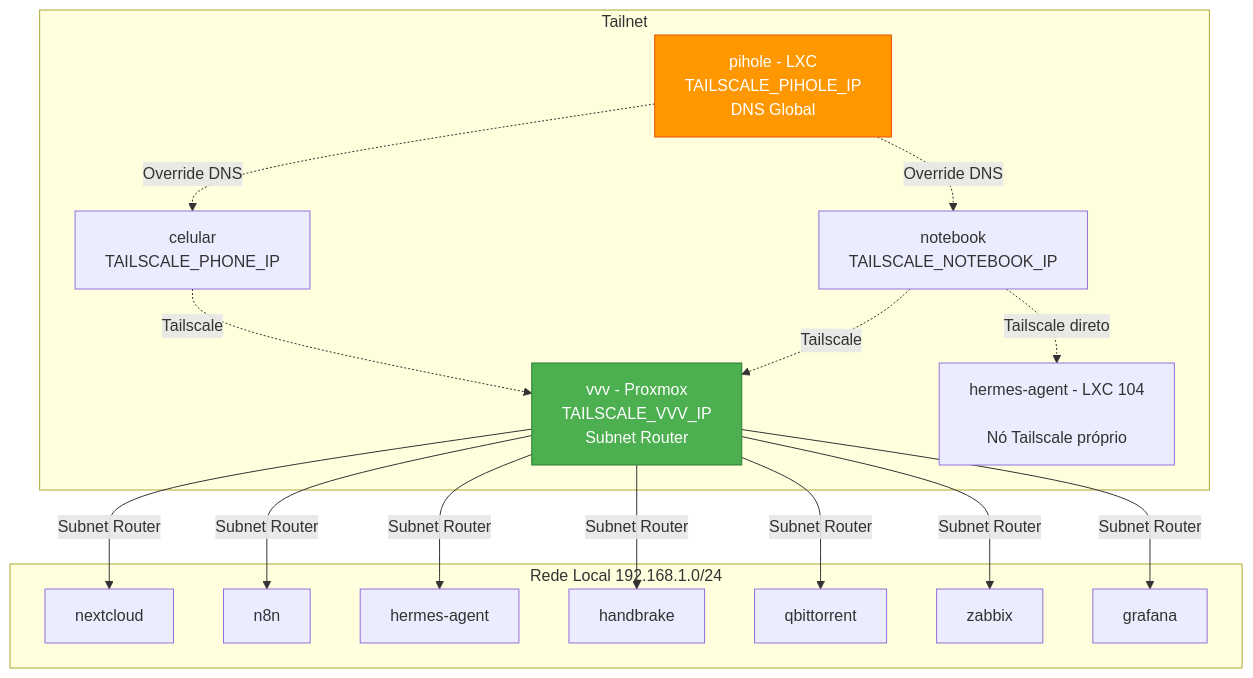
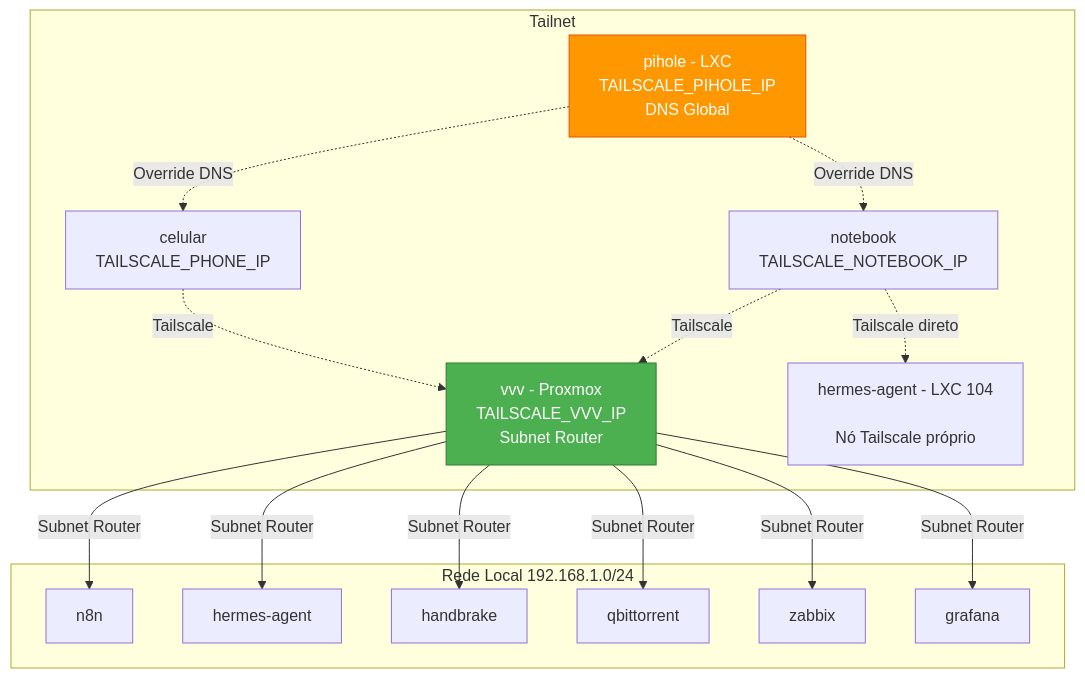
One commit to mviniciusy/vvy-homelab changed the diagram in docs/networking.md. Above: the diagram before and after it, drawn with Mermaid. The commit also changed other lines of this file and 6 other files, not shown here.

````diff
--- a/docs/networking.md
+++ b/docs/networking.md
@@ -11,29 +11,28 @@
 ```mermaid
 graph TB
     subgraph Tailnet
         VVV[vvv - Proxmox<br/>TAILSCALE_VVV_IP<br/>Subnet Router]
         PIHOLE[pihole - LXC<br/>TAILSCALE_PIHOLE_IP<br/>DNS Global]
         HERMES_TS[hermes-agent - LXC 104<br/><TAILSCALE_HERMES_IP><br/>Nó Tailscale próprio]
         NOTEBOOK[notebook<br/>TAILSCALE_NOTEBOOK_IP]
         PHONE[celular<br/>TAILSCALE_PHONE_IP]
     end
 
     subgraph Rede Local 192.168.1.0/24
-        VVV --> |Subnet Router| NEXTCLOUD[nextcloud]
                VVV --> |Subnet Router| N8N[n8n]
         VVV --> |Subnet Router| HERMES[hermes-agent]
         VVV --> |Subnet Router| HANDBRAKE[handbrake]
         VVV --> |Subnet Router| QBIT[qbittorrent]
         VVV --> |Subnet Router| ZABBIX[zabbix]
         VVV --> |Subnet Router| GRAFANA[grafana]
     end
 
     NOTEBOOK -.-> |Tailscale| VVV
     NOTEBOOK -.-> |Tailscale direto| HERMES_TS
     PHONE -.-> |Tailscale| VVV
     PIHOLE -.-> |Override DNS| NOTEBOOK
     PIHOLE -.-> |Override DNS| PHONE
 
     style VVV fill:#4caf50,stroke:#2e7d32,color:#fff
     style PIHOLE fill:#ff9800,stroke:#e65100,color:#fff
 ```
````
